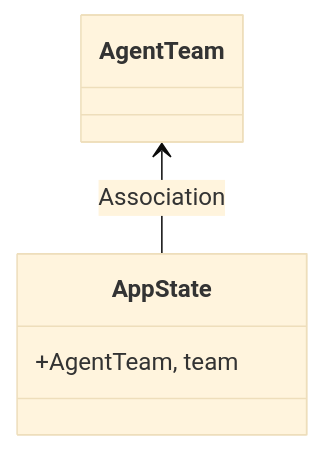
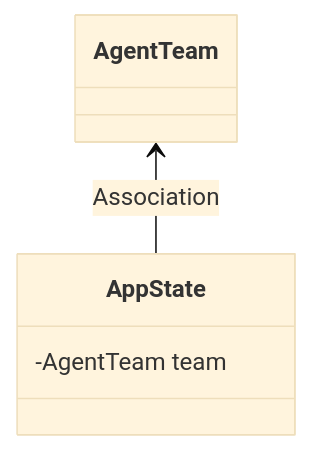
One commit to lgcorzo/fastapi-autogen-team changed the first of 2 diagrams in openwiki/modules/src/interface/http/routes.md. Above: the diagram before and after it, drawn with Mermaid (base theme). The commit also changed other lines of this file and 33 other files, not shown here.

Commit message:
Fix PlantUML syntax, missing diagrams, and link formatting in doc generator

````diff
--- a/openwiki/modules/src/interface/http/routes.md
+++ b/openwiki/modules/src/interface/http/routes.md
@@ -29,8 +32,8 @@
 ```mermaid
 classDiagram
     direction BT
     class AppState {
-        +AgentTeam, team
+        -AgentTeam team
     }
     AppState --> AgentTeam : Association
 ```
````
